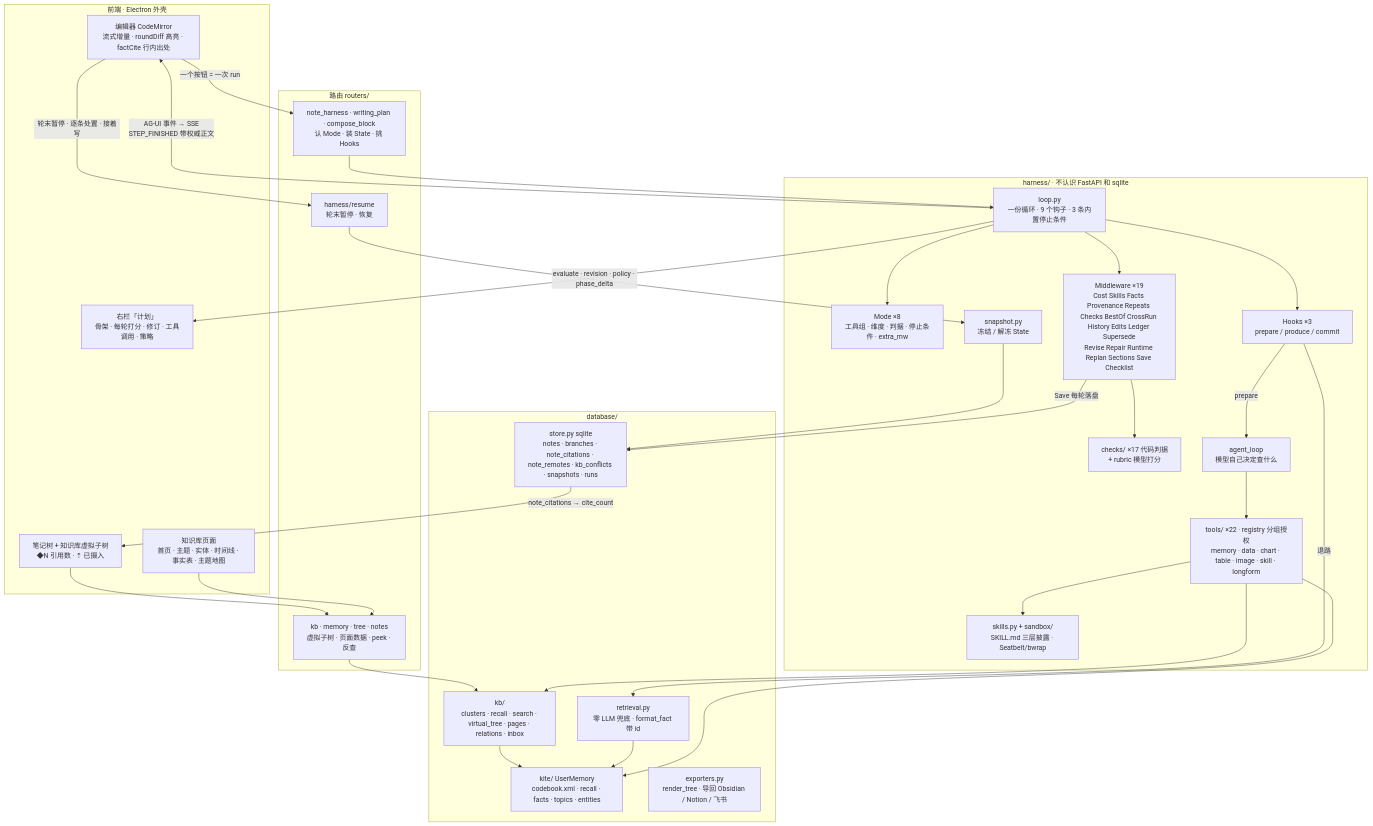
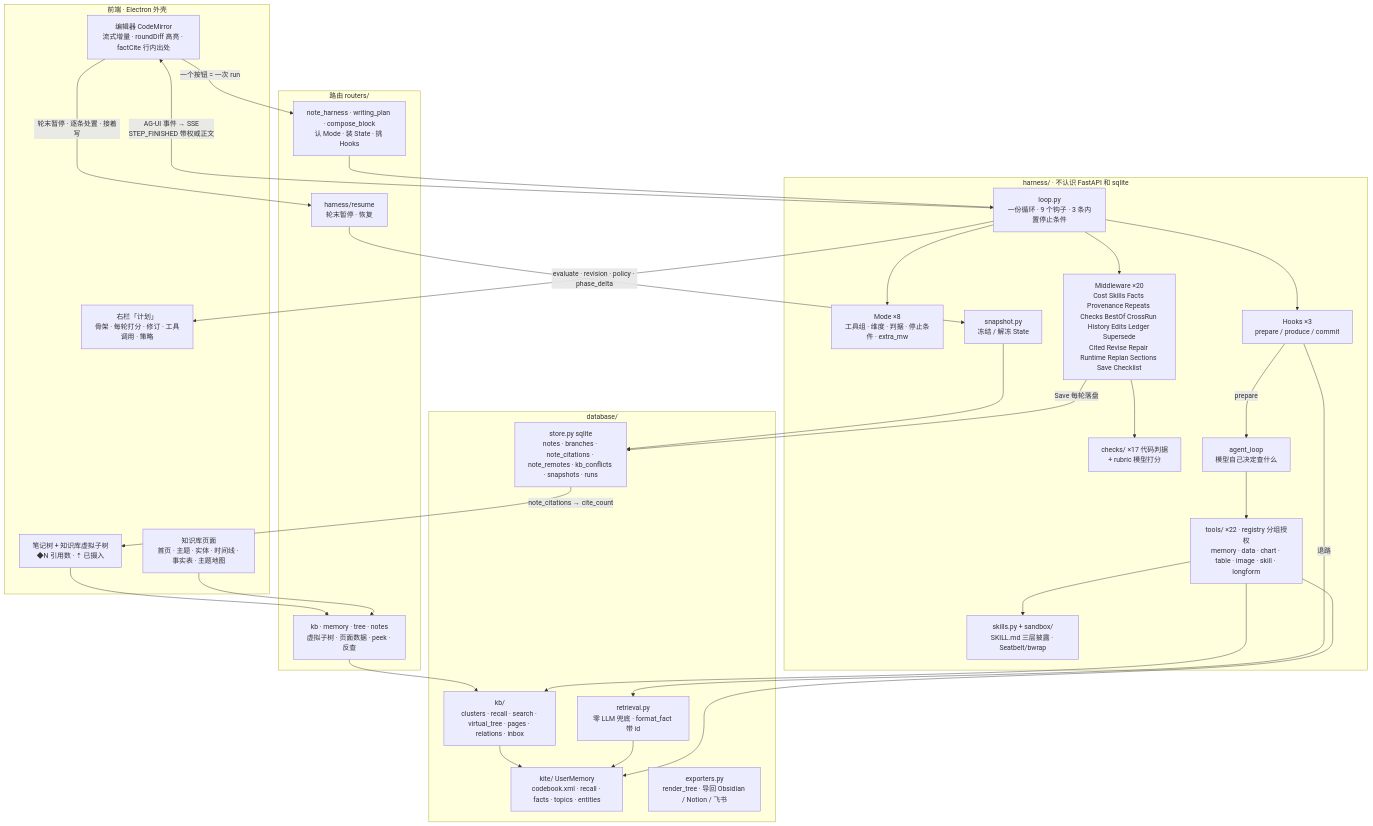
The diagram in docs/harness-framework.md (huilongbaba/MEMOKET_NOTE), drawn with Mermaid before and after one commit. The commit also changed other lines of this file and 30 other files, not shown here.

````diff
--- a/docs/harness-framework.md
+++ b/docs/harness-framework.md
@@ -41,60 +41,60 @@
 ```mermaid
 flowchart TB
   subgraph UI["前端 · Electron 外壳"]
     ED["编辑器 CodeMirror<br/>流式增量 · roundDiff 高亮 · factCite 行内出处"]
     PLAN["右栏「计划」<br/>骨架 · 每轮打分 · 修订 · 工具调用 · 策略"]
     TREE["笔记树 + 知识库虚拟子树<br/>◆N 引用数 · ⇡ 已摄入"]
     KBP["知识库页面<br/>首页 · 主题 · 实体 · 时间线 · 事实表 · 主题地图"]
   end
 
   subgraph API["路由 routers/"]
     NH["note_harness · writing_plan · compose_block<br/>认 Mode · 装 State · 挑 Hooks"]
     RS["harness/resume<br/>轮末暂停 · 恢复"]
     KBR["kb · memory · tree · notes<br/>虚拟子树 · 页面数据 · peek · 反查"]
   end
 
   subgraph H["harness/ · 不认识 FastAPI 和 sqlite"]
     LOOP["loop.py<br/>一份循环 · 9 个钩子 · 3 条内置停止条件"]
     MODE["Mode ×8<br/>工具组 · 维度 · 判据 · 停止条件 · extra_mw"]
     HOOKS["Hooks ×3<br/>prepare / produce / commit"]
-    MW["Middleware ×19<br/>Cost Skills Facts Provenance Repeats Checks BestOf CrossRun History Edits Ledger Supersede<br/>Revise Repair Runtime Replan Sections Save Checklist"]
+    MW["Middleware ×20<br/>Cost Skills Facts Provenance Repeats Checks BestOf CrossRun History Edits Ledger Supersede<br/>Cited Revise Repair Runtime Replan Sections Save Checklist"]
     CHK["checks/ ×17 代码判据<br/>+ rubric 模型打分"]
     TOOLS["tools/ ×22 · registry 分组授权<br/>memory · data · chart · table · image · skill · longform"]
     AL["agent_loop<br/>模型自己决定查什么"]
     SK["skills.py + sandbox/<br/>SKILL.md 三层披露 · Seatbelt/bwrap"]
     SNAP["snapshot.py<br/>冻结 / 解冻 State"]
   end
 
   subgraph DB["database/"]
     STORE["store.py sqlite<br/>notes · branches · note_citations · note_remotes · kb_conflicts · snapshots · runs"]
     KITE["kite/ UserMemory<br/>codebook.xml · recall · facts · topics · entities"]
     KB["kb/<br/>clusters · recall · search · virtual_tree · pages · relations · inbox"]
     EXP["exporters.py<br/>render_tree · 导回 Obsidian / Notion / 飞书"]
     RET["retrieval.py<br/>零 LLM 兜底 · format_fact 带 id"]
   end
 
   ED -- "一个按钮 = 一次 run" --> NH
   NH --> LOOP
   LOOP --> MODE
   LOOP --> HOOKS
   LOOP --> MW
   MW --> CHK
   HOOKS -- prepare --> AL
   AL --> TOOLS
   TOOLS --> KITE
   TOOLS --> KB
   TOOLS --> SK
   HOOKS -- 退路 --> RET
   RET --> KITE
   MW -- Save 每轮落盘 --> STORE
   SNAP --> STORE
   RS --> SNAP
   LOOP -- "AG-UI 事件 → SSE<br/>STEP_FINISHED 带权威正文" --> ED
   LOOP -- "evaluate · revision · policy · phase_delta" --> PLAN
   STORE -- "note_citations → cite_count" --> TREE
   KBR --> KB
   KB --> KITE
   KBP --> KBR
   TREE --> KBR
   ED -- "轮末暂停 · 逐条处置 · 接着写" --> RS
 ```
````
